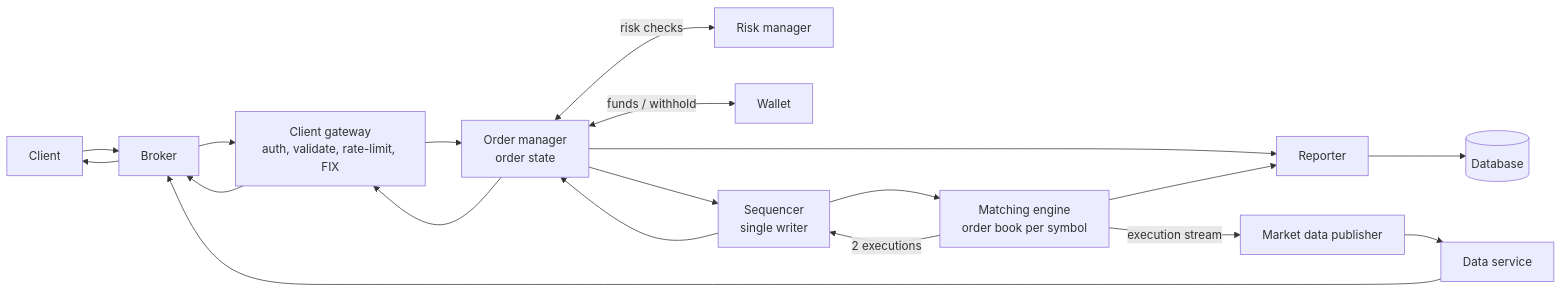
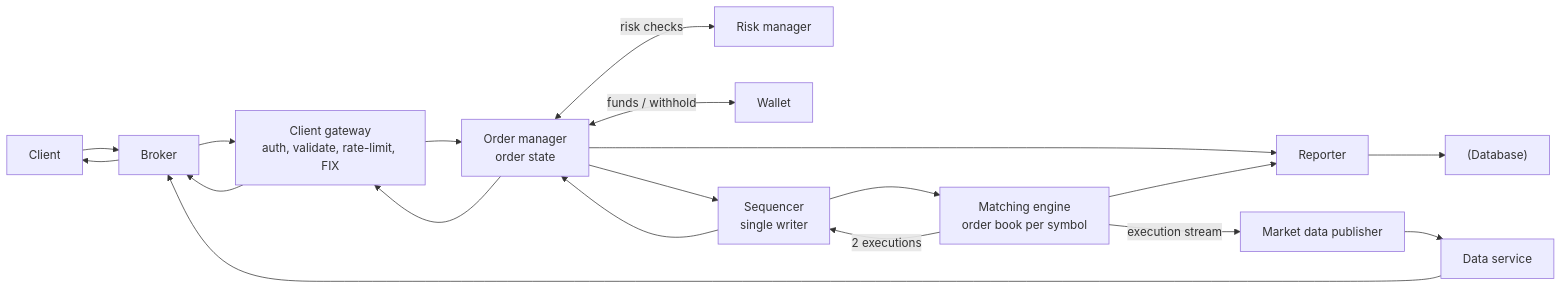
One commit to pankajThakur1874/studysheet changed the first of 6 diagrams in files/System-Design-Questions/27-stock_exchange_system_design.md. Above: the diagram before and after it, drawn with Mermaid. The commit also changed other lines of this file and 102 other files, not shown here.

Commit message:
Auto-fix Mermaid diagram syntax across all study guides to prevent Syntax Error in Mermaid v10

````diff
--- a/files/System-Design-Questions/27-stock_exchange_system_design.md
+++ b/files/System-Design-Questions/27-stock_exchange_system_design.md
@@ -127,13 +127,13 @@
 ```mermaid
 flowchart LR
-    Client --> Broker --> GW[Client gateway<br/>auth, validate, rate-limit, FIX]
-    GW --> OM[Order manager<br/>order state]
+    Client --> Broker --> GW["Client gateway<br/>auth, validate, rate-limit, FIX"]
+    GW --> OM["Order manager<br/>order state"]
     OM <-->|risk checks| RM[Risk manager]
     OM <-->|funds / withhold| W[Wallet]
-    OM --> SEQ[Sequencer<br/>single writer]
-    SEQ --> ME[Matching engine<br/>order book per symbol]
+    OM --> SEQ["Sequencer<br/>single writer"]
+    SEQ --> ME["Matching engine<br/>order book per symbol"]
     ME -->|2 executions| SEQ --> OM --> GW --> Broker --> Client
 
     ME -->|execution stream| MDP[Market data publisher] --> DS[Data service] --> Broker
-    OM & ME --> RPT[Reporter] --> DB[(Database)]
+    OM & ME --> RPT[Reporter] --> DB["(Database)"]
 ```
````
